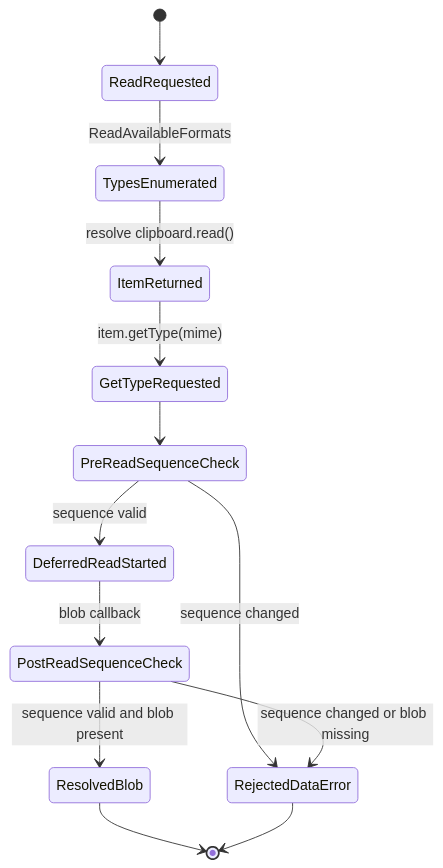
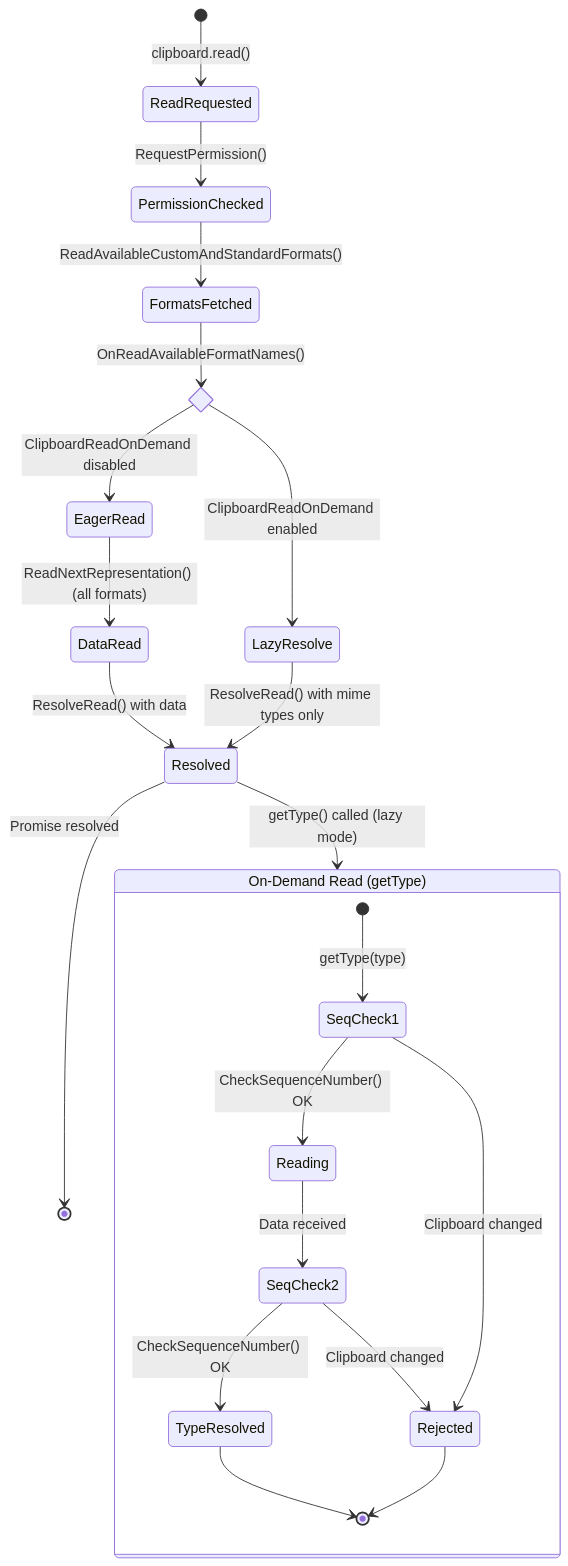
The fourth of 4 diagrams in fixes/cl-6978530-20260221/lld.md (roraja/cr-llm-docs), drawn with Mermaid before and after one commit. The commit also changed other lines of this file, not shown here.

````diff
--- a/fixes/cl-6978530-20260221/lld.md
+++ b/fixes/cl-6978530-20260221/lld.md
@@ -1256,15 +396,34 @@
 ```mermaid
 stateDiagram-v2
-    [*] --> ReadRequested
-    ReadRequested --> TypesEnumerated : ReadAvailableFormats
-    TypesEnumerated --> ItemReturned : resolve clipboard.read()
-    ItemReturned --> GetTypeRequested : item.getType(mime)
-    GetTypeRequested --> PreReadSequenceCheck
-    PreReadSequenceCheck --> RejectedDataError : sequence changed
-    PreReadSequenceCheck --> DeferredReadStarted : sequence valid
-    DeferredReadStarted --> PostReadSequenceCheck : blob callback
-    PostReadSequenceCheck --> ResolvedBlob : sequence valid and blob present
-    PostReadSequenceCheck --> RejectedDataError : sequence changed or blob missing
-    ResolvedBlob --> [*]
-    RejectedDataError --> [*]
+    [*] --> ReadRequested : clipboard.read()
+
+    ReadRequested --> PermissionChecked : RequestPermission()
+
+    PermissionChecked --> FormatsFetched : ReadAvailableCustomAndStandardFormats()
+
+    state lazy_check <<choice>>
+    FormatsFetched --> lazy_check : OnReadAvailableFormatNames()
+
+    lazy_check --> LazyResolve : ClipboardReadOnDemand enabled
+    lazy_check --> EagerRead : ClipboardReadOnDemand disabled
+
+    EagerRead --> DataRead : ReadNextRepresentation() (all formats)
+    DataRead --> Resolved : ResolveRead() with data
+
+    LazyResolve --> Resolved : ResolveRead() with mime types only
+
+    Resolved --> [*] : Promise resolved
+
+    state "On-Demand Read (getType)" as OnDemand {
+        [*] --> SeqCheck1 : getType(type)
+        SeqCheck1 --> Reading : CheckSequenceNumber() OK
+        SeqCheck1 --> Rejected : Clipboard changed
+        Reading --> SeqCheck2 : Data received
+        SeqCheck2 --> TypeResolved : CheckSequenceNumber() OK
+        SeqCheck2 --> Rejected : Clipboard changed
+        TypeResolved --> [*]
+        Rejected --> [*]
+    }
+
+    Resolved --> OnDemand : getType() called (lazy mode)
 ```
````
